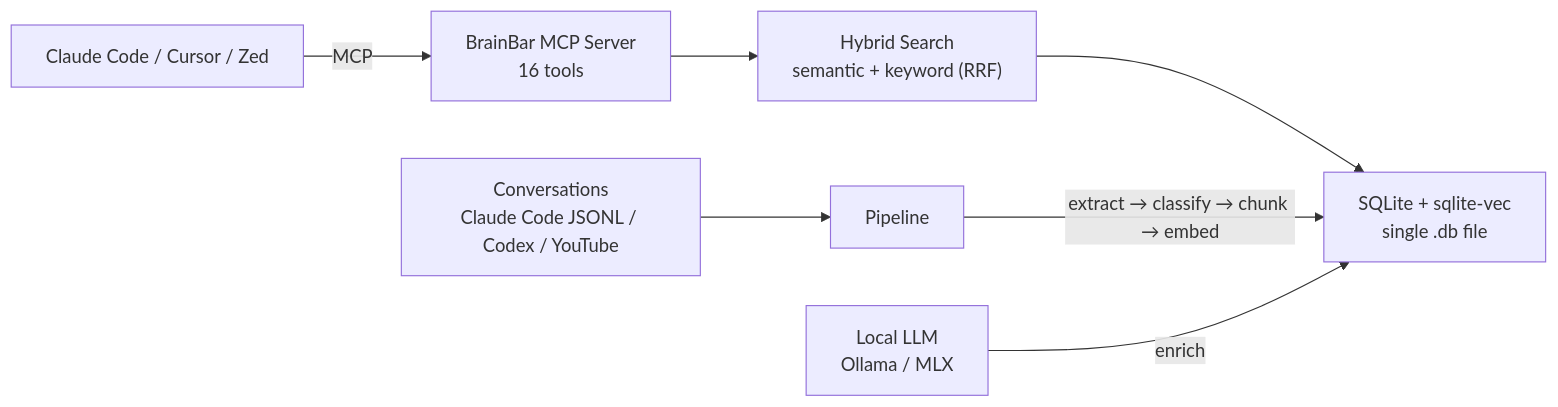
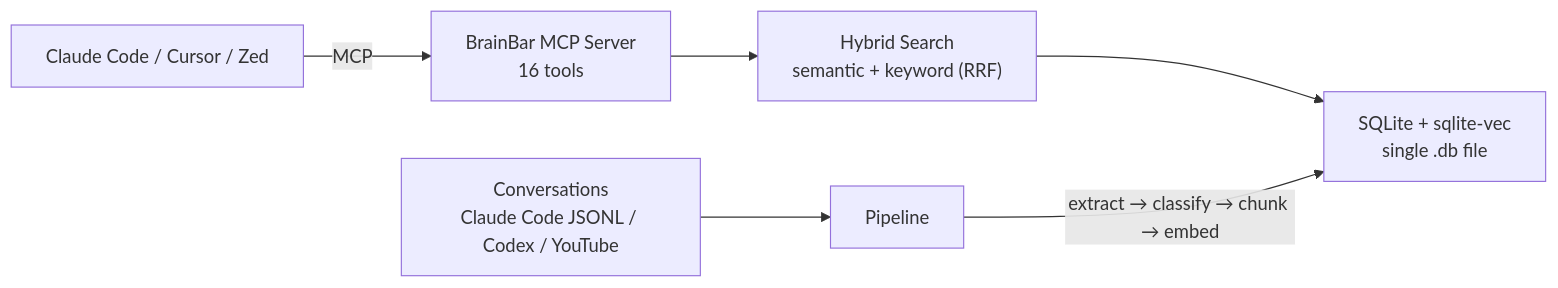
One commit to EtanHey/brainlayer changed the diagram in docs/index.md. Above: the diagram before and after it, drawn with Mermaid. The commit also changed other lines of this file and 3 other files, not shown here.

````diff
--- a/docs/index.md
+++ b/docs/index.md
@@ -54,10 +54,9 @@
 ```mermaid
 graph LR
     A["Claude Code / Cursor / Zed"] -->|MCP| B["BrainBar MCP Server<br/>16 tools"]
     B --> C["Hybrid Search<br/>semantic + keyword (RRF)"]
     C --> D["SQLite + sqlite-vec<br/>single .db file"]
 
     E["Conversations<br/>Claude Code JSONL / Codex / YouTube"] --> F["Pipeline"]
     F -->|extract → classify → chunk → embed| D
-    G["Local LLM<br/>Ollama / MLX"] -->|enrich| D
 ```
````
